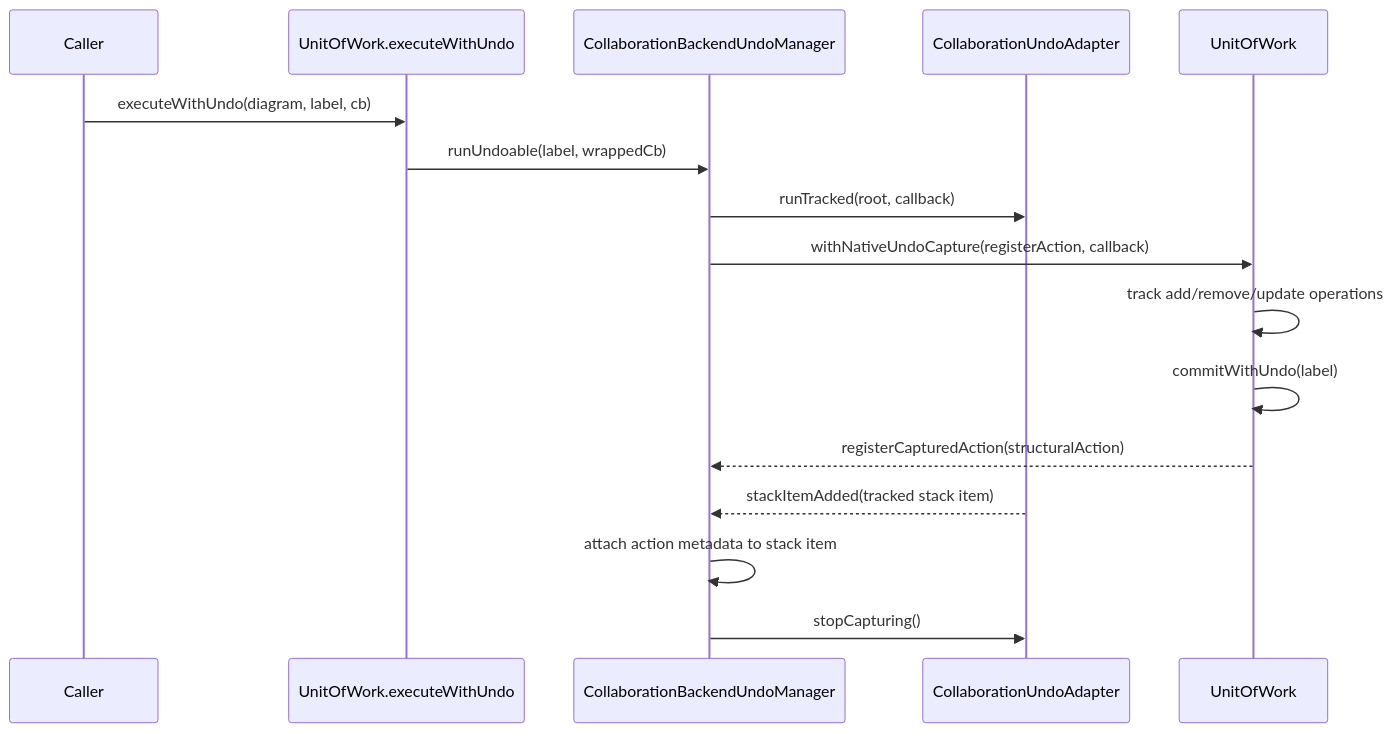
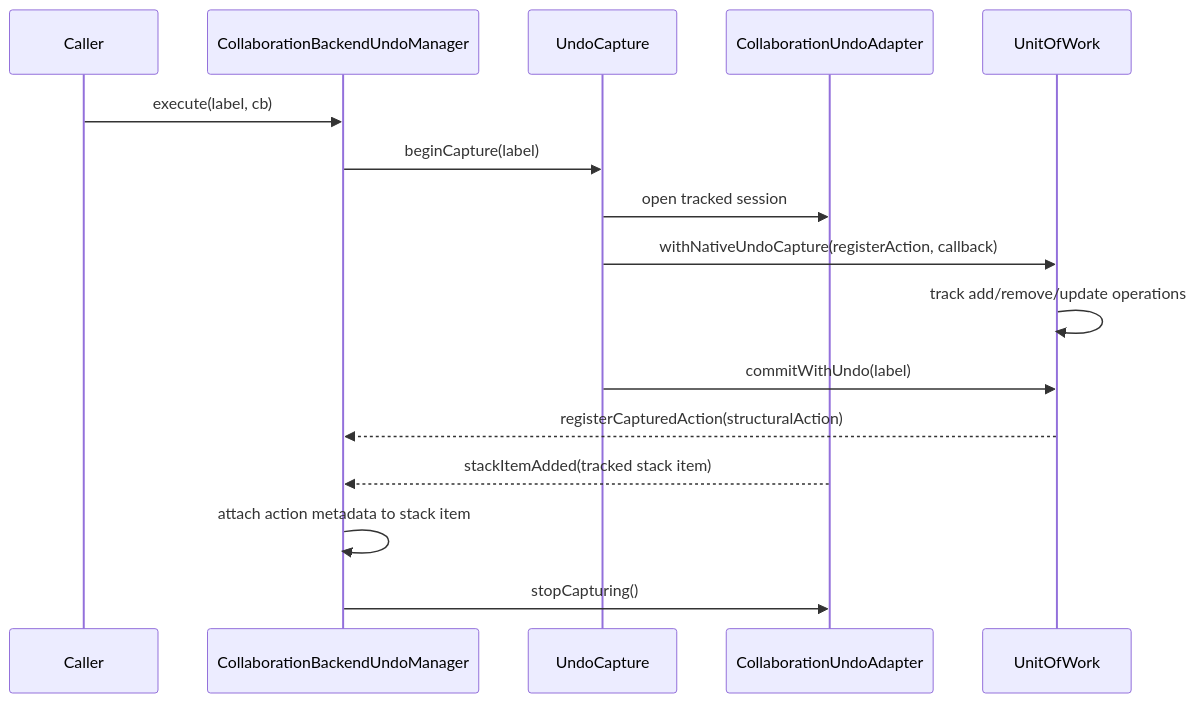
One commit to DiagramCraft/diagram-craft changed the second of 3 diagrams in packages/model/UNDO_FLOW.md. Above: the diagram before and after it, drawn with Mermaid. The commit also changed other lines of this file and 80 other files, not shown here.

Commit message:
Move actions to the undo manager execute API

````diff
--- a/packages/model/UNDO_FLOW.md
+++ b/packages/model/UNDO_FLOW.md
@@ -104,19 +104,19 @@
 ```mermaid
 sequenceDiagram
     participant Caller
-    participant UOW as UnitOfWork.executeWithUndo
     participant Mgr as CollaborationBackendUndoManager
+    participant Capture as UndoCapture
     participant Adapter as CollaborationUndoAdapter
     participant Work as UnitOfWork
 
-    Caller->>UOW: executeWithUndo(diagram, label, cb)
-    UOW->>Mgr: runUndoable(label, wrappedCb)
-    Mgr->>Adapter: runTracked(root, callback)
-    Mgr->>Work: withNativeUndoCapture(registerAction, callback)
+    Caller->>Mgr: execute(label, cb)
+    Mgr->>Capture: beginCapture(label)
+    Capture->>Adapter: open tracked session
+    Capture->>Work: withNativeUndoCapture(registerAction, callback)
     Work->>Work: track add/remove/update operations
-    Work->>Work: commitWithUndo(label)
+    Capture->>Work: commitWithUndo(label)
     Work-->>Mgr: registerCapturedAction(structuralAction)
     Adapter-->>Mgr: stackItemAdded(tracked stack item)
     Mgr->>Mgr: attach action metadata to stack item
     Mgr->>Adapter: stopCapturing()
 ```
````
